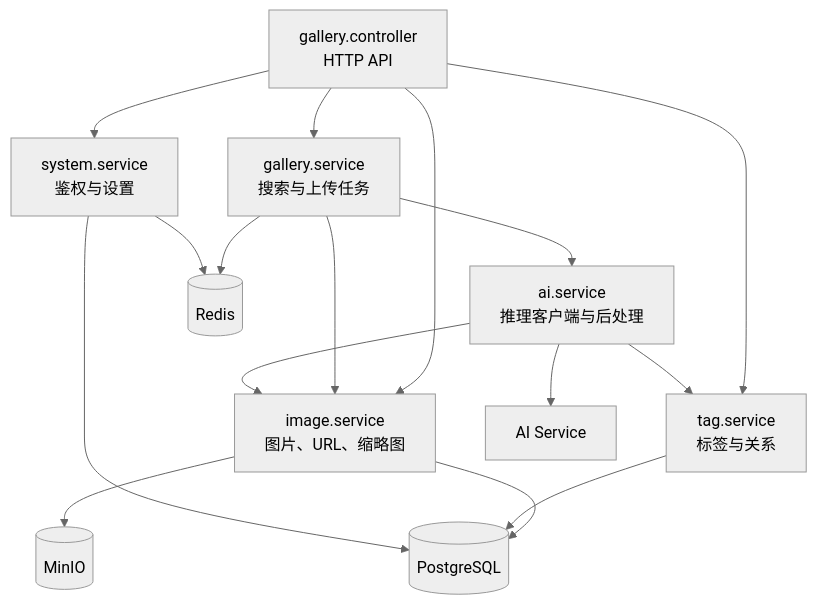
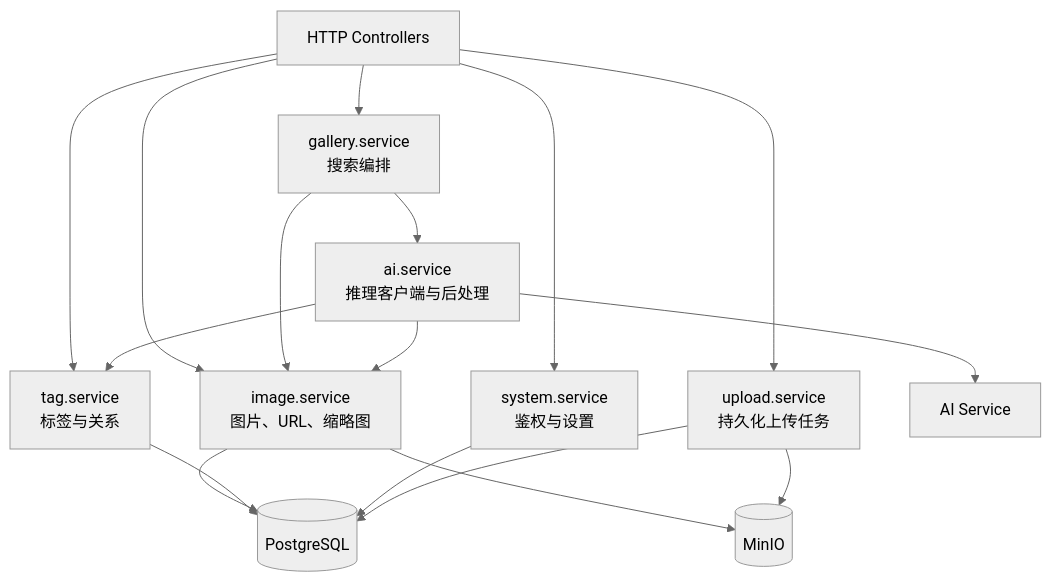
One commit to tamakara/bakabooru changed the first of 3 diagrams in docs/backend-web-service.md. Above: the diagram before and after it, drawn with Mermaid (neutral theme). The commit also changed other lines of this file and 31 other files, not shown here.

````diff
--- a/docs/backend-web-service.md
+++ b/docs/backend-web-service.md
@@ -7,19 +7,20 @@
 ```mermaid
 flowchart TB
-    Controller["gallery.controller<br/>HTTP API"] --> Gallery["gallery.service<br/>搜索与上传任务"]
+    Controller["HTTP Controllers"] --> Gallery["gallery.service<br/>搜索编排"]
+    Controller --> Upload["upload.service<br/>持久化上传任务"]
     Controller --> Image["image.service<br/>图片、URL、缩略图"]
     Controller --> Tag["tag.service<br/>标签与关系"]
     Controller --> System["system.service<br/>鉴权与设置"]
     Gallery --> Image
     Gallery --> AI["ai.service<br/>推理客户端与后处理"]
     AI --> Tag
     AI --> Image
 
     Image --> PG[("PostgreSQL")]
     Tag --> PG
     System --> PG
     Image --> MinIO[("MinIO")]
-    Gallery --> Redis[("Redis")]
-    System --> Redis
+    Upload --> PG
+    Upload --> MinIO
     AI --> FastAPI["AI Service"]
 ```
````
